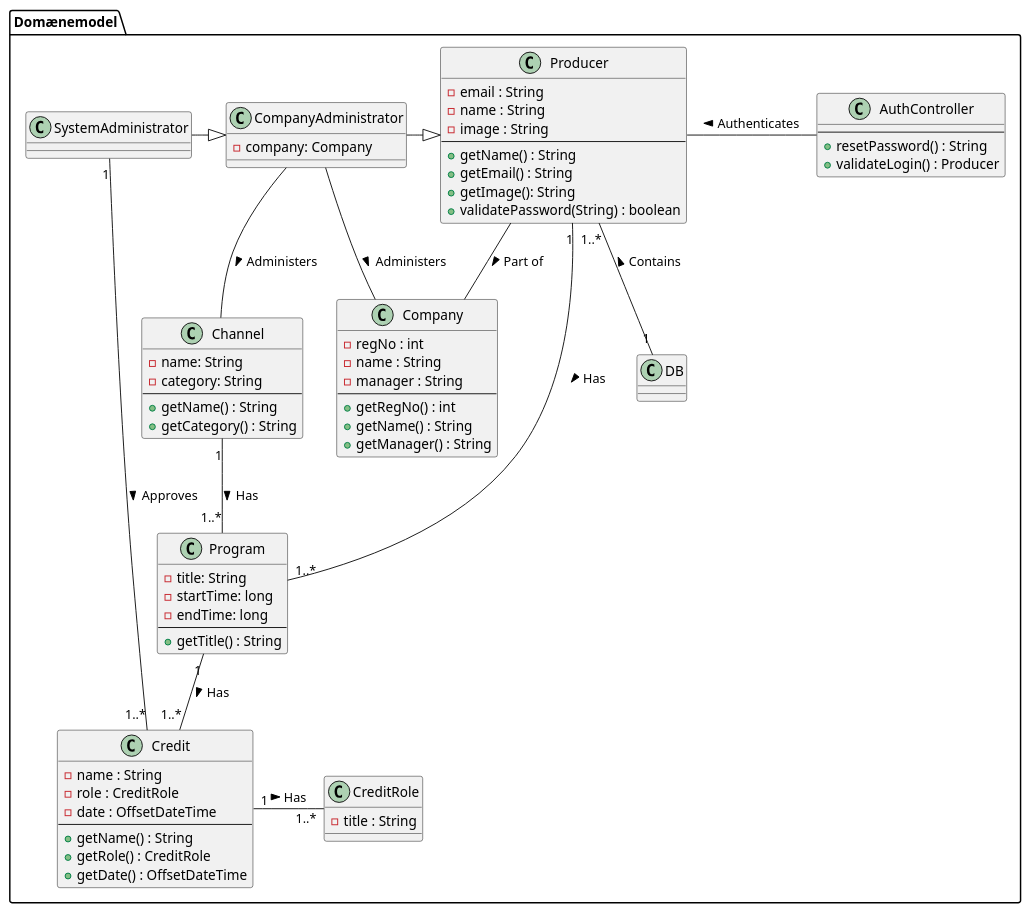
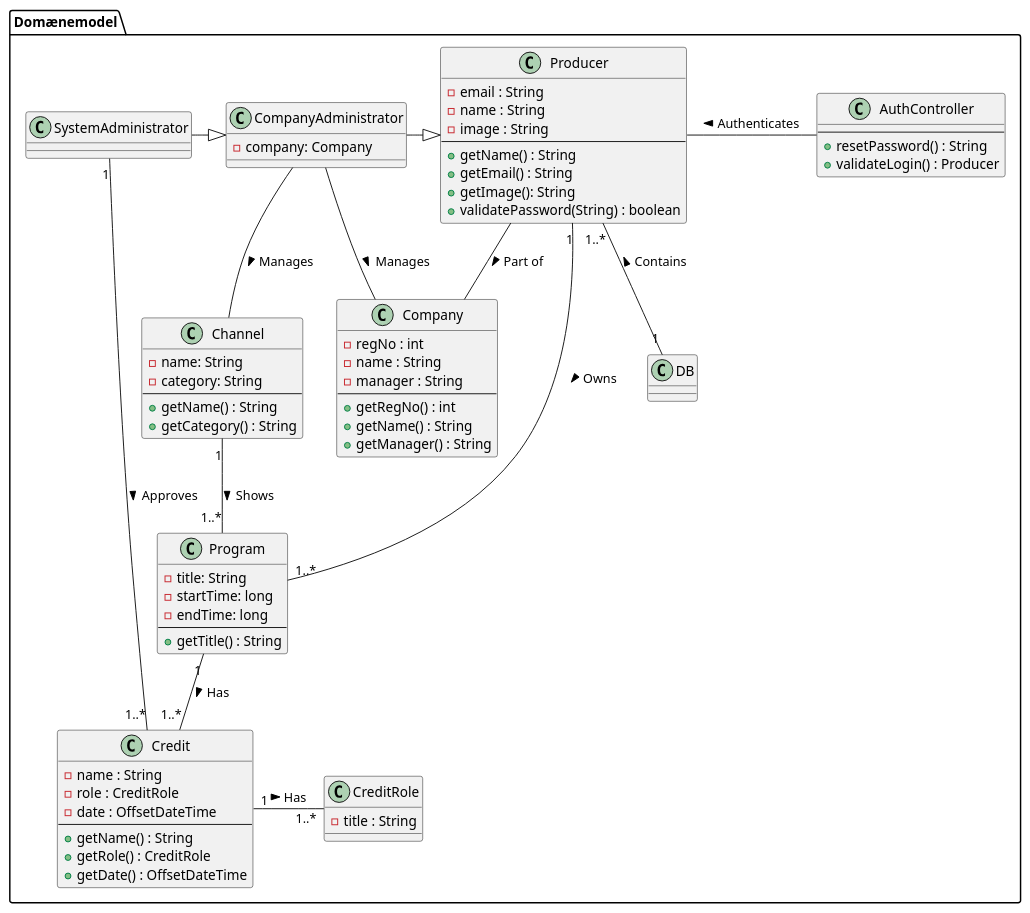
The diagram in uml/domain_model/domain_model.puml (amatzen/SE02-SE-G02-SPRO), drawn with PlantUML before and after one commit. The commit also changed 11 other files, not shown here.

Commit message:
System diagrams

```diff
--- a/uml/domain_model/domain_model.puml
+++ b/uml/domain_model/domain_model.puml
@@ -1,97 +1,97 @@
 @startuml
 'https://plantuml.com/class-diagram
 
 package "Domænemodel" {
     'Personer her
     class Producer {
         - email : String
         - name : String
         - image : String
         --
         + getName() : String
         + getEmail() : String
         + getImage(): String
         + validatePassword(String) : boolean
     }
 
     class CompanyAdministrator {
         - company: Company
     }
 
     class SystemAdministrator {
 
     }
 
     'Naeste
     class Company {
         - regNo : int
         - name : String
         - manager : String
         --
         + getRegNo() : int
         + getName() : String
         + getManager() : String
     }
 
     class Channel {
         - name: String
         - category: String
         --
         + getName() : String
         + getCategory() : String
     }
 
     class Program {
         - title: String
         -startTime: long
         -endTime: long
         --
         + getTitle() : String
     }
 
     class CreditRole {
         - title : String
     }
 
 
     class Credit {
         - name : String
         - role : CreditRole
         - date : OffsetDateTime
         --
         + getName() : String
         + getRole() : CreditRole
         + getDate() : OffsetDateTime
     }
 
     'Controller
     class AuthController {
         --
         + resetPassword() : String
         + validateLogin() : Producer
     }
 
     'Statics
     class DB {
     }
 }
 
 SystemAdministrator "1" -- "1..*" Credit : "Approves >"
 SystemAdministrator -|> CompanyAdministrator
 
 CompanyAdministrator -|> Producer
-CompanyAdministrator -- Company : "Administers >"
-CompanyAdministrator -- Channel : "Administers >"
+CompanyAdministrator -- Company : "Manages >"
+CompanyAdministrator -- Channel : "Manages >"
 
-Producer "1" -- "1..*" Program : "Has >"
+Producer "1" -- "1..*" Program : "Owns >"
 Producer - AuthController : "Authenticates <"
 Producer -- Company : "Part of >"
 Producer "1..*" -- "1" DB : "Contains <"
 
-Channel "1" -- "1..*" Program : "Has >"
+Channel "1" -- "1..*" Program : "Shows >"
 
 Credit "1" - "1..*" CreditRole : "Has >"
 
 Program "1" -- "1..*" Credit : "Has >"
 
 @enduml
```
